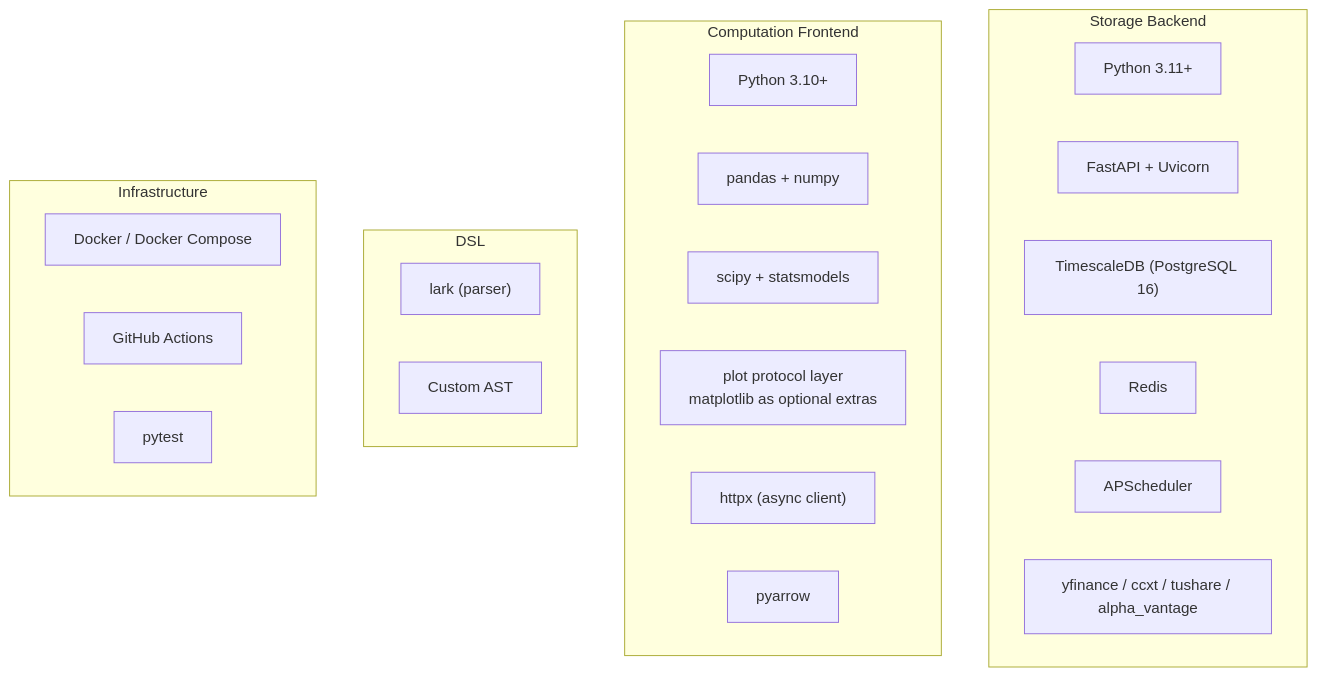
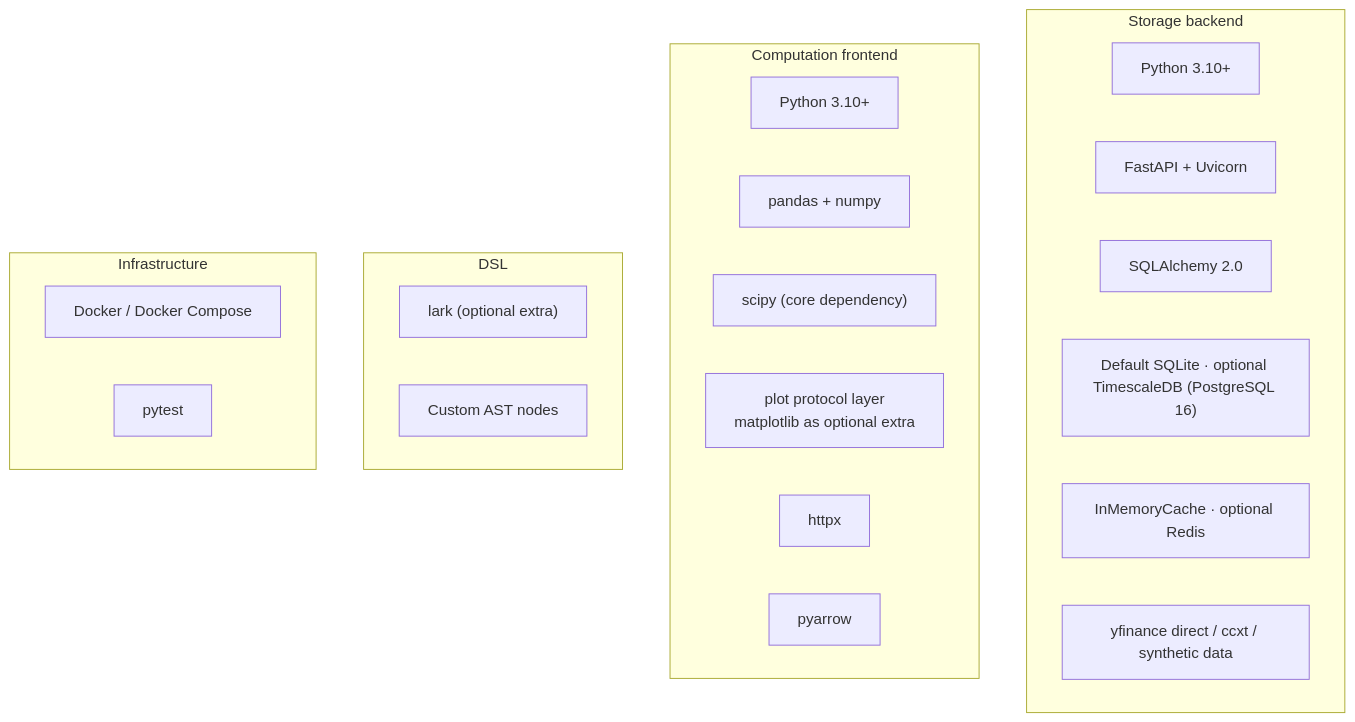
Diagram 18 of 23 in DESIGN.md (RESBI/StockStatistic), drawn with Mermaid before and after one commit. The commit also changed other lines of this file and 12 other files, not shown here.

````diff
--- a/DESIGN.md
+++ b/DESIGN.md
@@ -1412,31 +1456,30 @@
 ```mermaid
 graph TB
-    subgraph "Storage Backend"
-        BE_LANG["Python 3.11+"]
+    subgraph "Storage backend"
+        BE_LANG["Python 3.10+"]
         BE_FW["FastAPI + Uvicorn"]
-        BE_DB["TimescaleDB (PostgreSQL 16)"]
-        BE_CACHE["Redis"]
-        BE_SCHED["APScheduler"]
-        BE_DS["yfinance / ccxt / tushare / alpha_vantage"]
+        BE_ORM["SQLAlchemy 2.0"]
+        BE_DB["Default SQLite · optional TimescaleDB (PostgreSQL 16)"]
+        BE_CACHE["InMemoryCache · optional Redis"]
+        BE_DS["yfinance direct / ccxt / synthetic data"]
     end
-    
-    subgraph "Computation Frontend"
+
+    subgraph "Computation frontend"
         FE_LANG["Python 3.10+"]
         FE_CORE["pandas + numpy"]
-        FE_STAT["scipy + statsmodels"]
-        FE_PLOT["plot protocol layer<br/>matplotlib as optional extras"]
-        FE_HTTP["httpx (async client)"]
+        FE_STAT["scipy (core dependency)"]
+        FE_PLOT["plot protocol layer<br/>matplotlib as optional extra"]
+        FE_HTTP["httpx"]
         FE_ARROW["pyarrow"]
     end
-    
+
     subgraph "DSL"
-        DSL_PARSER["lark (parser)"]
-        DSL_AST["Custom AST"]
+        DSL_PARSER["lark (optional extra)"]
+        DSL_AST["Custom AST nodes"]
     end
-    
+
     subgraph "Infrastructure"
         INFRA_DOCKER["Docker / Docker Compose"]
-        INFRA_CI["GitHub Actions"]
         INFRA_TEST["pytest"]
     end
 ```
````
